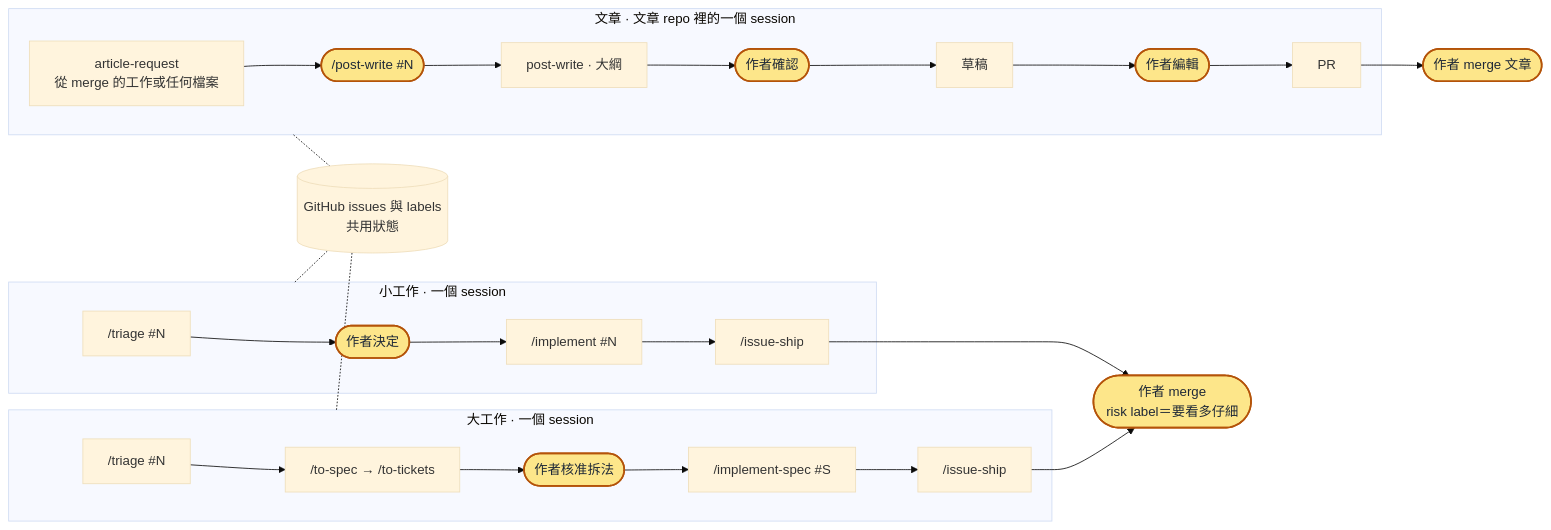
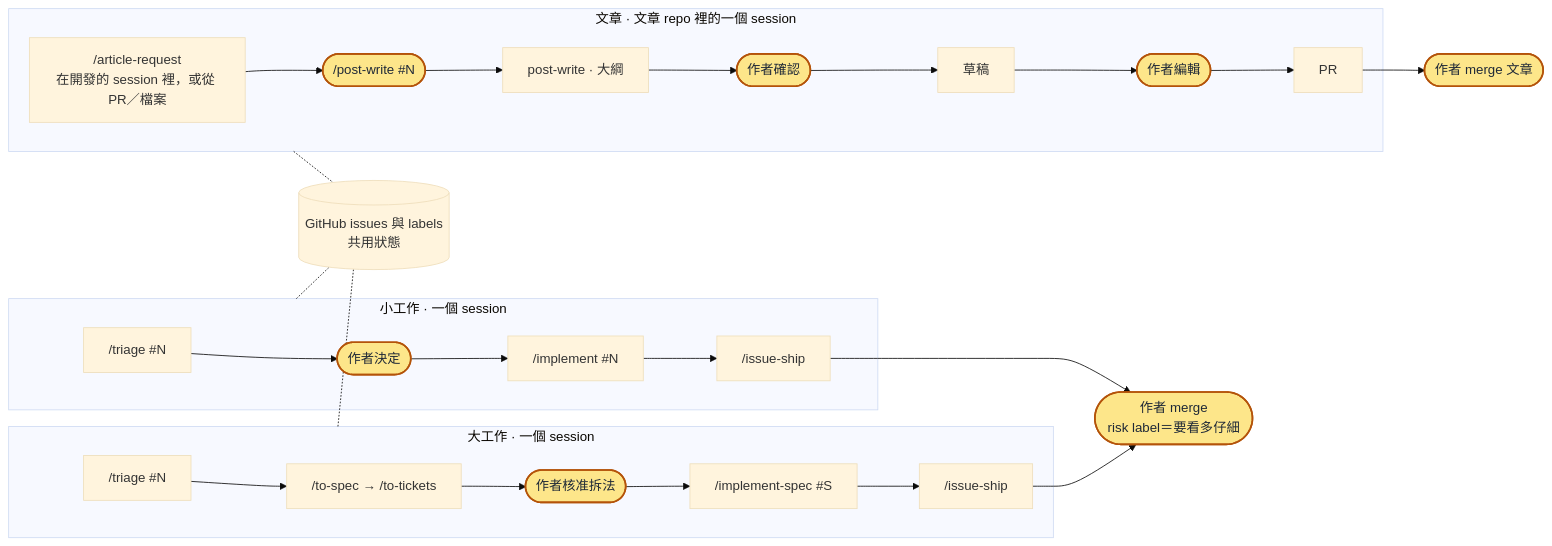
The second of 2 diagrams in README.zh-TW.md (sean2249/skills), drawn with Mermaid (base theme) before and after one commit. The commit also changed other lines of this file and 13 other files, not shown here.

First line of the commit message:
Articles start with /article-request in the dev session; retire article labels

````diff
--- a/README.zh-TW.md
+++ b/README.zh-TW.md
@@ -178,21 +174,21 @@
 ```mermaid
 flowchart LR
   subgraph SMALL["小工作 · 一個 session"]
     S1["/triage #N"] --> S2(["作者決定"]):::author --> S3["/implement #N"] --> S4["/issue-ship"]
   end
   subgraph BIG["大工作 · 一個 session"]
     B1["/triage #N"] --> B2["/to-spec → /to-tickets"] --> B3(["作者核准拆法"]):::author --> B4["/implement-spec #S"] --> B5["/issue-ship"]
   end
   subgraph POST["文章 · 文章 repo 裡的一個 session"]
-    P0["article-request<br/>從 merge 的工作或任何檔案"] --> P1(["/post-write #N"]):::author --> P2["post-write · 大綱"] --> P3(["作者確認"]):::author --> P4["草稿"] --> P5(["作者編輯"]):::author --> P6["PR"]
+    P0["/article-request<br/>在開發的 session 裡，或從 PR／檔案"] --> P1(["/post-write #N"]):::author --> P2["post-write · 大綱"] --> P3(["作者確認"]):::author --> P4["草稿"] --> P5(["作者編輯"]):::author --> P6["PR"]
   end
   BOARD[("GitHub issues 與 labels<br/>共用狀態")]
   S4 --> M(["作者 merge<br/>risk label＝要看多仔細"]):::author
   B5 --> M
   P6 --> MP(["作者 merge 文章"]):::author
   SMALL -.- BOARD
   BIG -.- BOARD
   POST -.- BOARD
 
   classDef author fill:#fde68a,stroke:#b45309,color:#1f2937,stroke-width:2px
 ```
````
